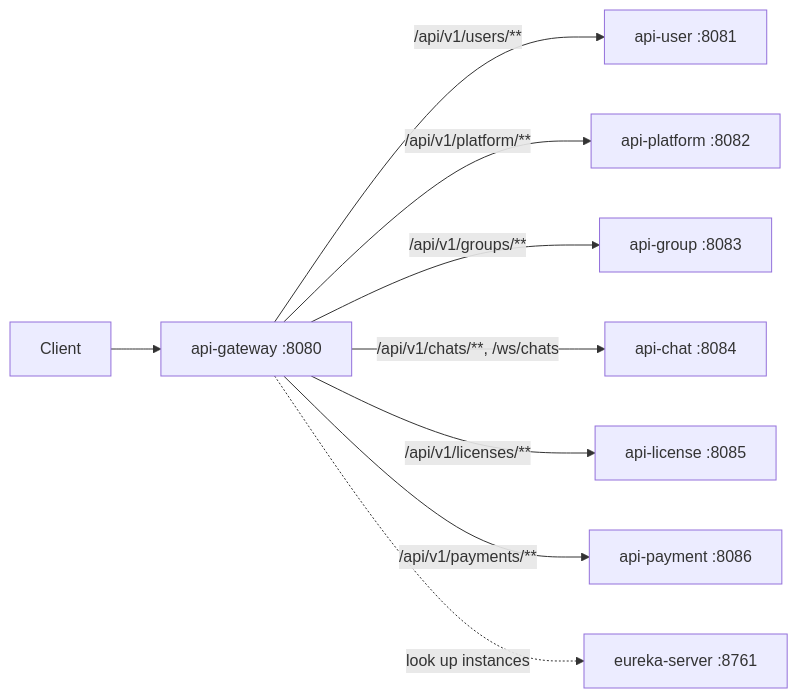
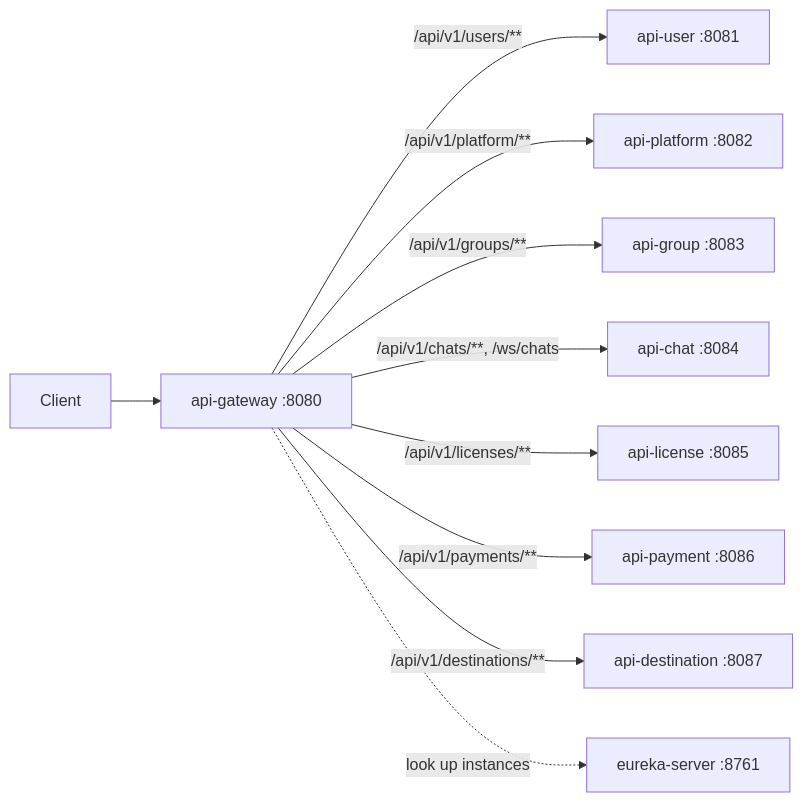
The second of 2 diagrams in api-gateway/docs/README.md (dragos-galeteanu/trip-huddle-backend), drawn with Mermaid before and after one commit. The commit also changed other lines of this file and 14 other files, not shown here.

Commit message:
Improve documentation by including software requirements and diagrams with end-to-end flows

````diff
--- a/api-gateway/docs/README.md
+++ b/api-gateway/docs/README.md
@@ -25,11 +74,12 @@
 ```mermaid
 flowchart LR
     C[Client] --> GW[api-gateway :8080]
     GW -->|/api/v1/users/**| U[api-user :8081]
     GW -->|/api/v1/platform/**| P[api-platform :8082]
     GW -->|/api/v1/groups/**| G[api-group :8083]
     GW -->|/api/v1/chats/**, /ws/chats| CH[api-chat :8084]
     GW -->|/api/v1/licenses/**| L[api-license :8085]
     GW -->|/api/v1/payments/**| PA[api-payment :8086]
+    GW -->|/api/v1/destinations/**| D[api-destination :8087]
     GW -.->|look up instances| E[eureka-server :8761]
 ```
````
